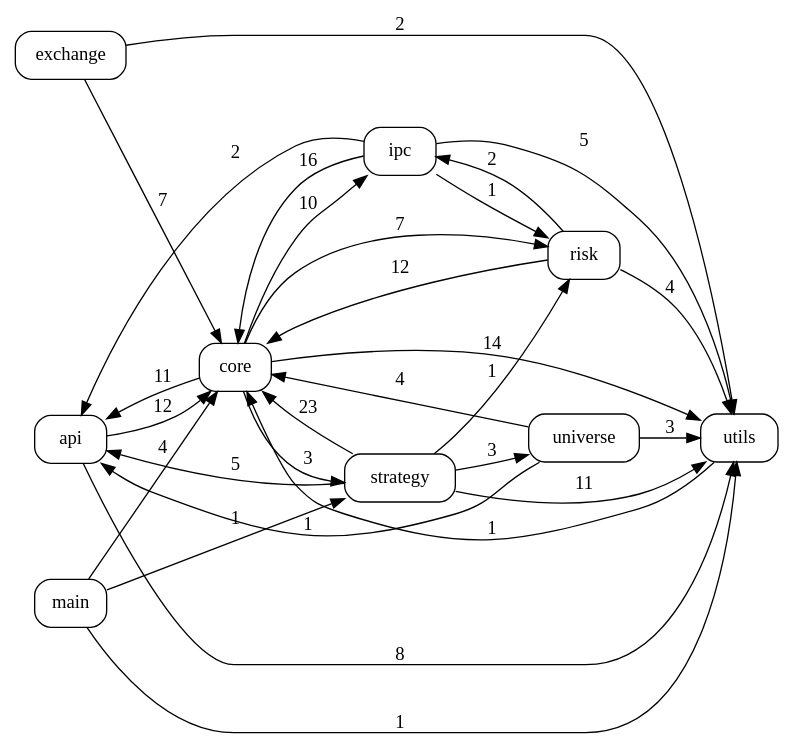
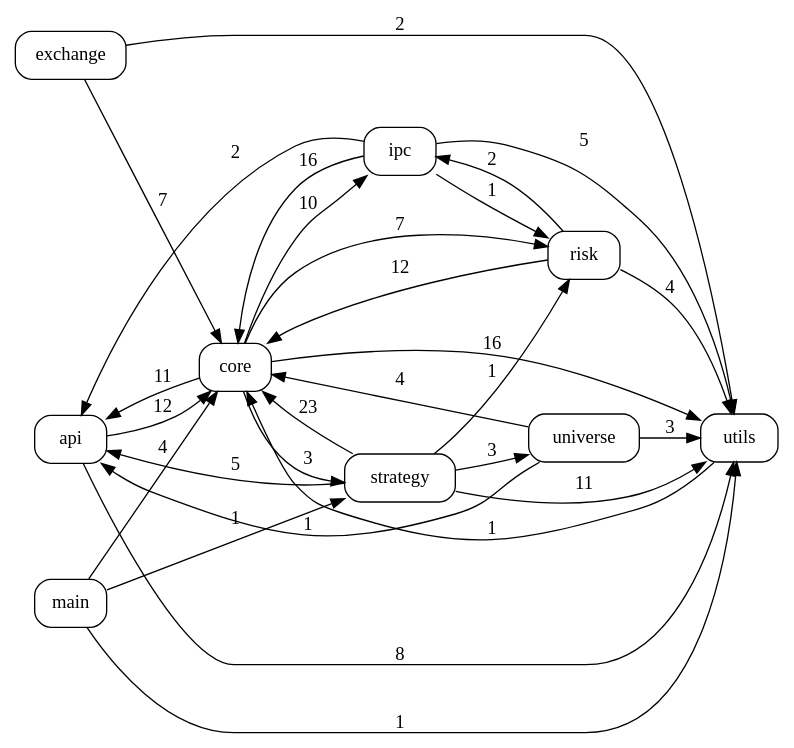
The diagram in docs/code_graph.dot (pypy8171/Quant), drawn with Graphviz before and after one commit. The commit also changed 12 other files, not shown here.

```diff
--- a/docs/code_graph.dot
+++ b/docs/code_graph.dot
@@ -1,41 +1,41 @@
 digraph code_graph {
   rankdir=LR;
   node [shape=box, style=rounded, fontname="Consolas"];
   "api";
   "core";
   "exchange";
   "ipc";
   "main";
   "risk";
   "strategy";
   "universe";
   "utils";
   "api" -> "core" [label="12"];
   "api" -> "utils" [label="8"];
   "core" -> "api" [label="11"];
   "core" -> "ipc" [label="10"];
   "core" -> "risk" [label="7"];
   "core" -> "strategy" [label="3"];
-  "core" -> "utils" [label="14"];
+  "core" -> "utils" [label="16"];
   "exchange" -> "core" [label="7"];
   "exchange" -> "utils" [label="2"];
   "ipc" -> "api" [label="2"];
   "ipc" -> "core" [label="16"];
   "ipc" -> "risk" [label="1"];
   "ipc" -> "utils" [label="5"];
   "main" -> "core" [label="4"];
   "main" -> "strategy" [label="1"];
   "main" -> "utils" [label="1"];
   "risk" -> "core" [label="12"];
   "risk" -> "ipc" [label="2"];
   "risk" -> "utils" [label="4"];
   "strategy" -> "api" [label="5"];
   "strategy" -> "core" [label="23"];
   "strategy" -> "risk" [label="1"];
   "strategy" -> "universe" [label="3"];
   "strategy" -> "utils" [label="11"];
   "universe" -> "api" [label="1"];
   "universe" -> "core" [label="4"];
   "universe" -> "utils" [label="3"];
   "utils" -> "core" [label="1"];
 }
```
